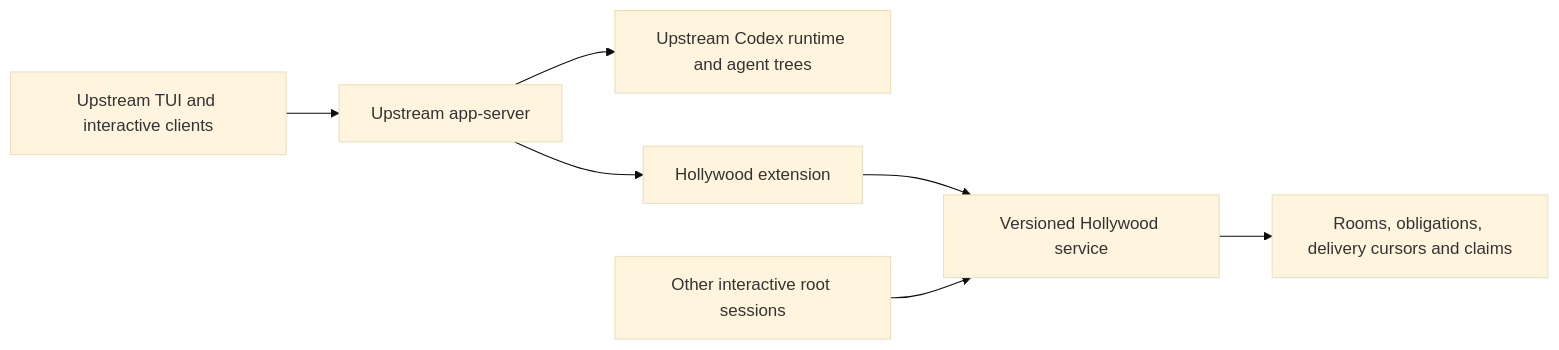
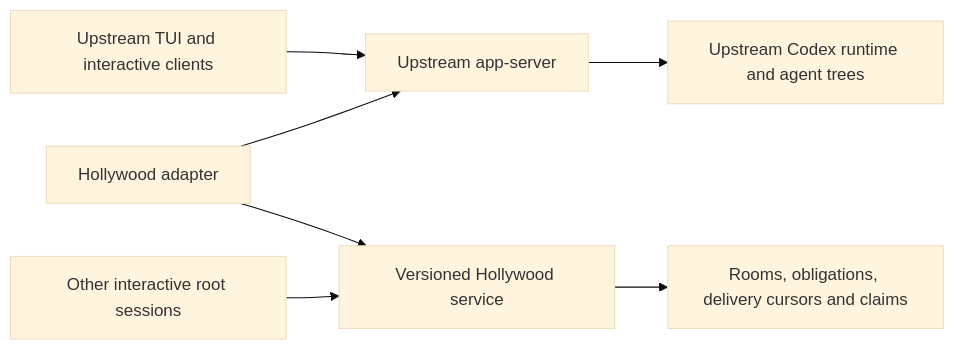
The diagram in losangelex/RENEWAL.md (FallSoftCo/codex), drawn with Mermaid (base theme) before and after one commit. The commit also changed other lines of this file and 1 other file, not shown here.

````diff
--- a/losangelex/RENEWAL.md
+++ b/losangelex/RENEWAL.md
@@ -61,9 +64,9 @@
 ```mermaid
 flowchart LR
     T[Upstream TUI and interactive clients] --> A[Upstream app-server]
     A --> C[Upstream Codex runtime and agent trees]
-    A --> X[Hollywood extension]
+    X[Hollywood adapter] --> A
     X --> H[Versioned Hollywood service]
     H --> D[Rooms, obligations, delivery cursors and claims]
     P[Other interactive root sessions] --> H
 ```
````
